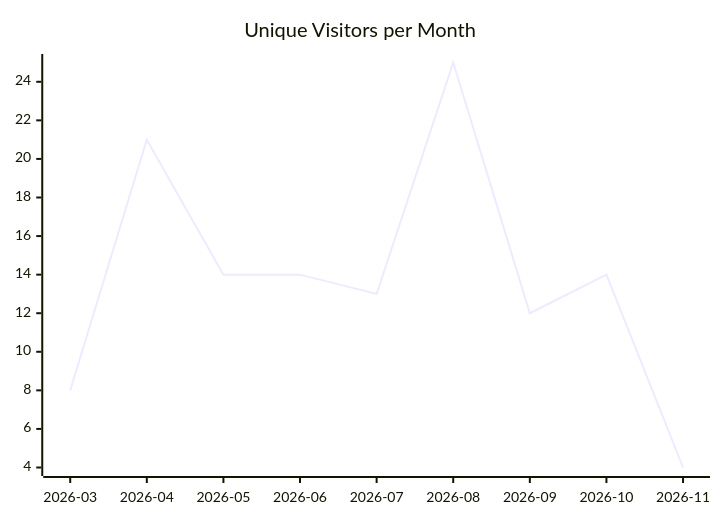
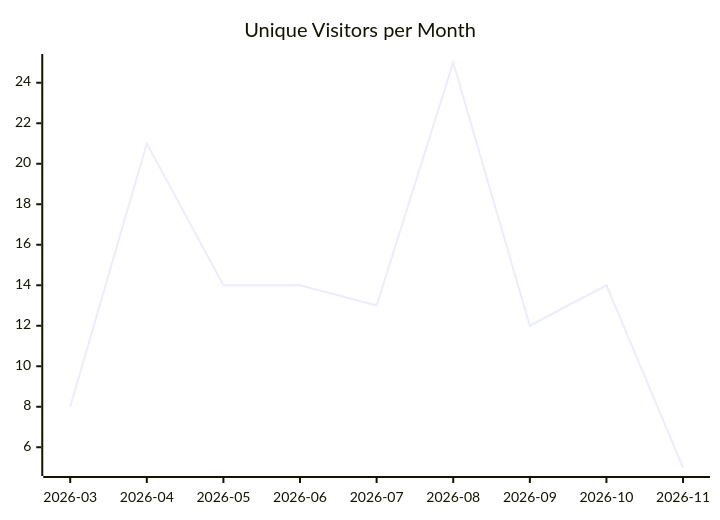
The first of 3 diagrams in karlmdavis/ksoap2-android/README.md (justdavis-family/github-analytics-data), drawn with Mermaid before and after one commit. The commit also changed other lines of this file and 192 other files, not shown here.

````diff
--- a/karlmdavis/ksoap2-android/README.md
+++ b/karlmdavis/ksoap2-android/README.md
@@ -5,6 +5,6 @@
 ```mermaid
 xychart-beta
   title "Unique Visitors per Month"
   x-axis ["2026-03", "2026-04", "2026-05", "2026-06", "2026-07", "2026-08", "2026-09", "2026-10", "2026-11"]
-  line [8, 21, 14, 14, 13, 25, 12, 14, 4]
+  line [8, 21, 14, 14, 13, 25, 12, 14, 5]
 ```
````
